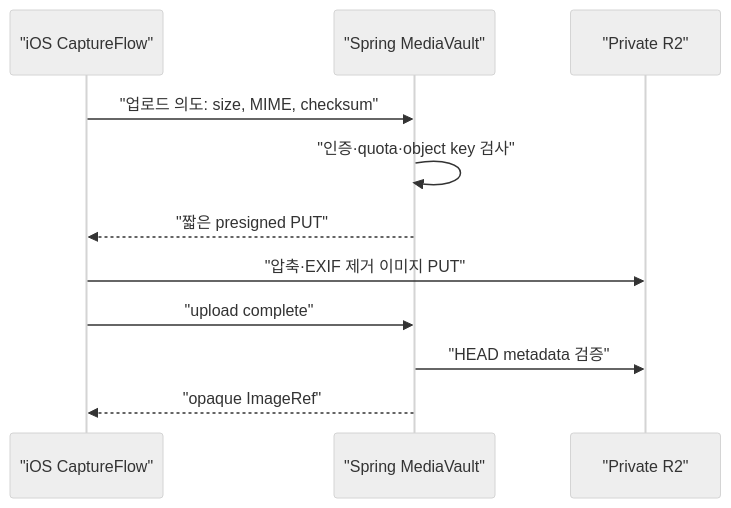
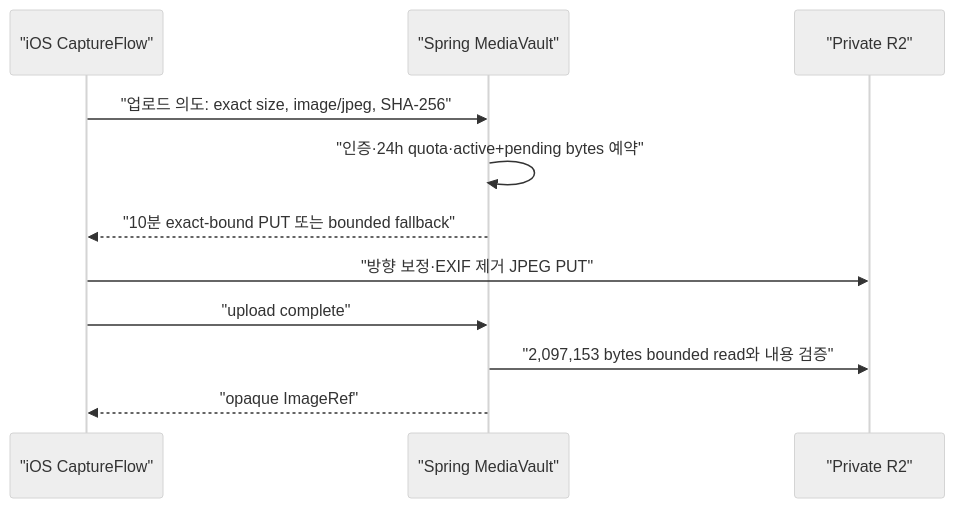
Before and after one commit to kim946509/moneysnap: the second of 2 diagrams in docs/ARCHITECTURE.md, drawn with Mermaid (neutral theme). The commit also changed other lines of this file and 234 other files, not shown here.

````diff
--- a/docs/ARCHITECTURE.md
+++ b/docs/ARCHITECTURE.md
@@ -155,14 +171,14 @@
 ```mermaid
 sequenceDiagram
     participant I as "iOS CaptureFlow"
     participant A as "Spring MediaVault"
     participant R as "Private R2"
 
-    I->>A: "업로드 의도: size, MIME, checksum"
-    A->>A: "인증·quota·object key 검사"
-    A-->>I: "짧은 presigned PUT"
-    I->>R: "압축·EXIF 제거 이미지 PUT"
+    I->>A: "업로드 의도: exact size, image/jpeg, SHA-256"
+    A->>A: "인증·24h quota·active+pending bytes 예약"
+    A-->>I: "10분 exact-bound PUT 또는 bounded fallback"
+    I->>R: "방향 보정·EXIF 제거 JPEG PUT"
     I->>A: "upload complete"
-    A->>R: "HEAD metadata 검증"
+    A->>R: "2,097,153 bytes bounded read와 내용 검증"
     A-->>I: "opaque ImageRef"
 ```
````
